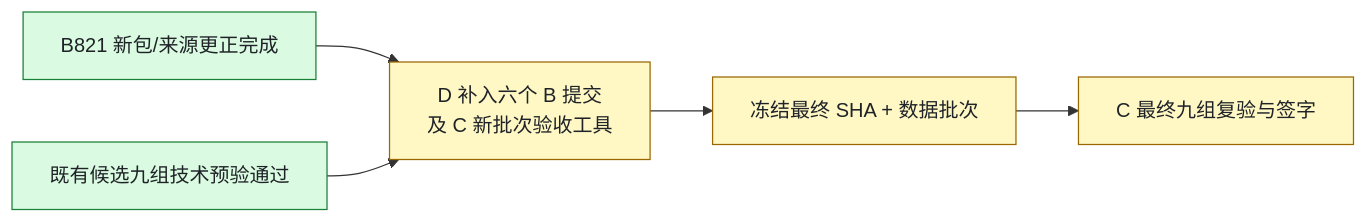
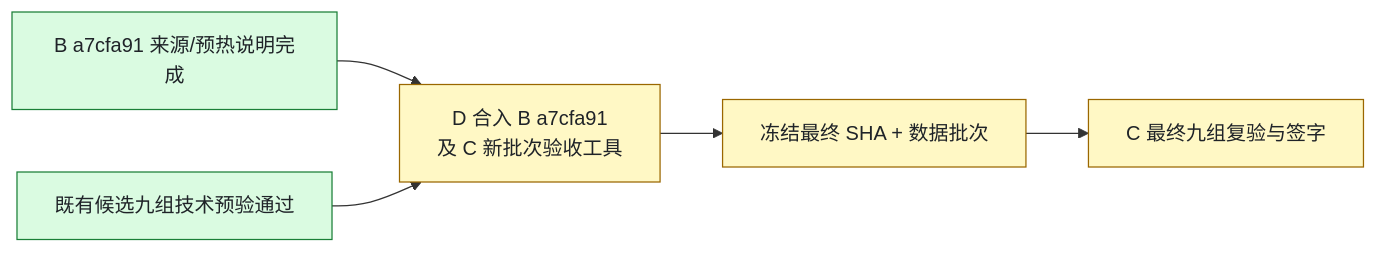
Before and after one commit to 27ye/ai-quant-platform: the diagram in docs/C_PROGRESS.md, drawn with Mermaid. The commit also changed other lines of this file and 2 other files, not shown here.

````diff
--- a/docs/C_PROGRESS.md
+++ b/docs/C_PROGRESS.md
@@ -7,11 +7,11 @@
 ```mermaid
 flowchart LR
-    B["B821 新包/来源更正完成"] --> D["D 补入六个 B 提交<br/>及 C 新批次验收工具"]
+    B["B a7cfa91 来源/预热说明完成"] --> D["D 合入 B a7cfa91<br/>及 C 新批次验收工具"]
     C["既有候选九组技术预验通过"] --> D
     D --> F["冻结最终 SHA + 数据批次"]
     F --> S["C 最终九组复验与签字"]
     classDef done fill:#dafbe1,stroke:#1a7f37,color:#1f2328
     classDef pending fill:#fff8c5,stroke:#9a6700,color:#1f2328
     class B,C done
     class D,F,S pending
 ```
````
